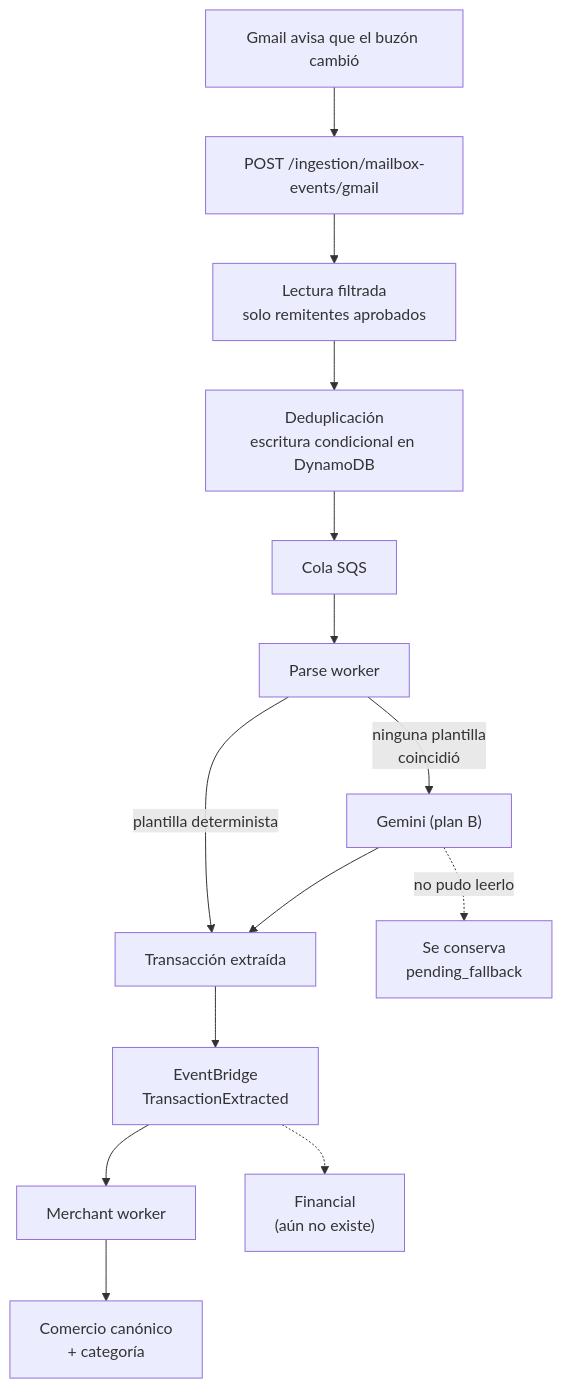
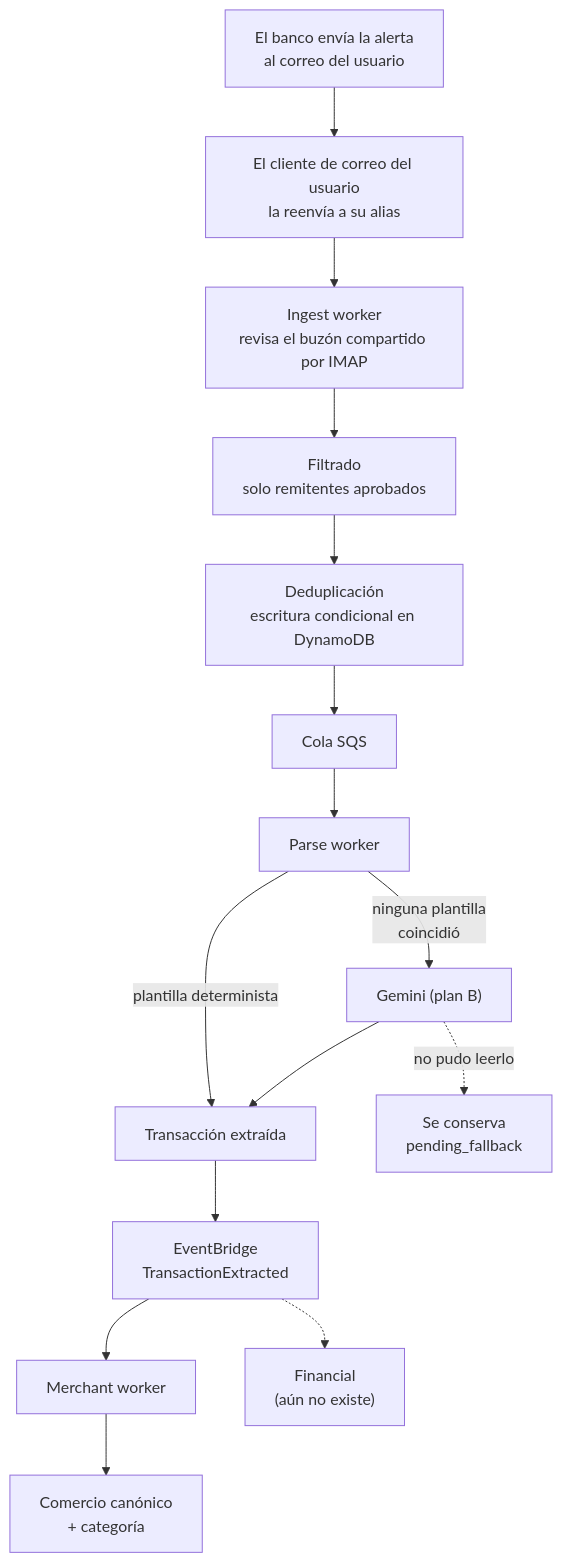
One commit to lStiven/finflow changed the diagram in docs/overview.md. Above: the diagram before and after it, drawn with Mermaid. The commit also changed other lines of this file and 68 other files, not shown here.

First line of the commit message:
Refactor mailbox integration to utilize email forwarding and streamline ingestion process

````diff
--- a/docs/overview.md
+++ b/docs/overview.md
@@ -37,16 +40,17 @@
 ```mermaid
 flowchart TD
-    A["Gmail avisa que el buzón cambió"] --> B["POST /ingestion/mailbox-events/gmail"]
-    B --> C["Lectura filtrada<br/>solo remitentes aprobados"]
-    C --> D["Deduplicación<br/>escritura condicional en DynamoDB"]
-    D --> E["Cola SQS"]
-    E --> F["Parse worker"]
-    F -->|"plantilla determinista"| G["Transacción extraída"]
-    F -->|"ninguna plantilla<br/>coincidió"| H["Gemini (plan B)"]
-    H --> G
-    H -.->|"no pudo leerlo"| I["Se conserva<br/>pending_fallback"]
-    G --> J["EventBridge<br/>TransactionExtracted"]
-    J --> K["Merchant worker"]
-    K --> L["Comercio canónico<br/>+ categoría"]
-    J -.-> M["Financial<br/>(aún no existe)"]
+    A["El banco envía la alerta<br/>al correo del usuario"] --> B["El cliente de correo del usuario<br/>la reenvía a su alias"]
+    B --> C["Ingest worker<br/>revisa el buzón compartido por IMAP"]
+    C --> D["Filtrado<br/>solo remitentes aprobados"]
+    D --> E["Deduplicación<br/>escritura condicional en DynamoDB"]
+    E --> F["Cola SQS"]
+    F --> G["Parse worker"]
+    G -->|"plantilla determinista"| H["Transacción extraída"]
+    G -->|"ninguna plantilla<br/>coincidió"| I["Gemini (plan B)"]
+    I --> H
+    I -.->|"no pudo leerlo"| J["Se conserva<br/>pending_fallback"]
+    H --> K["EventBridge<br/>TransactionExtracted"]
+    K --> L["Merchant worker"]
+    L --> M["Comercio canónico<br/>+ categoría"]
+    K -.-> N["Financial<br/>(aún no existe)"]
 ```
````
